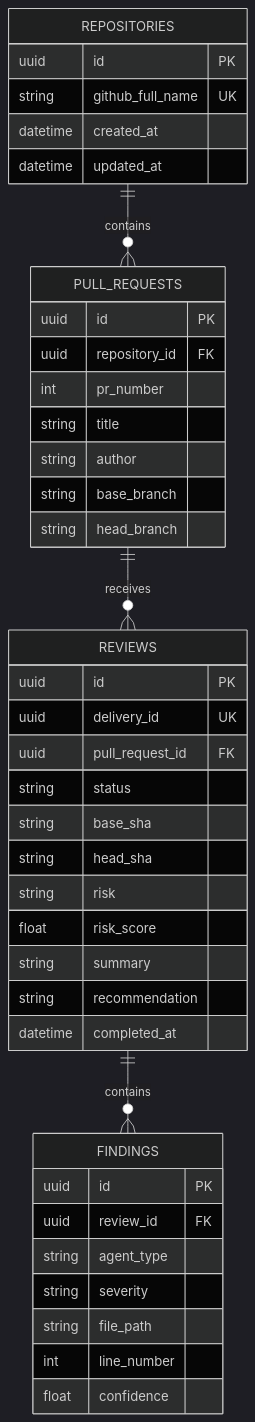
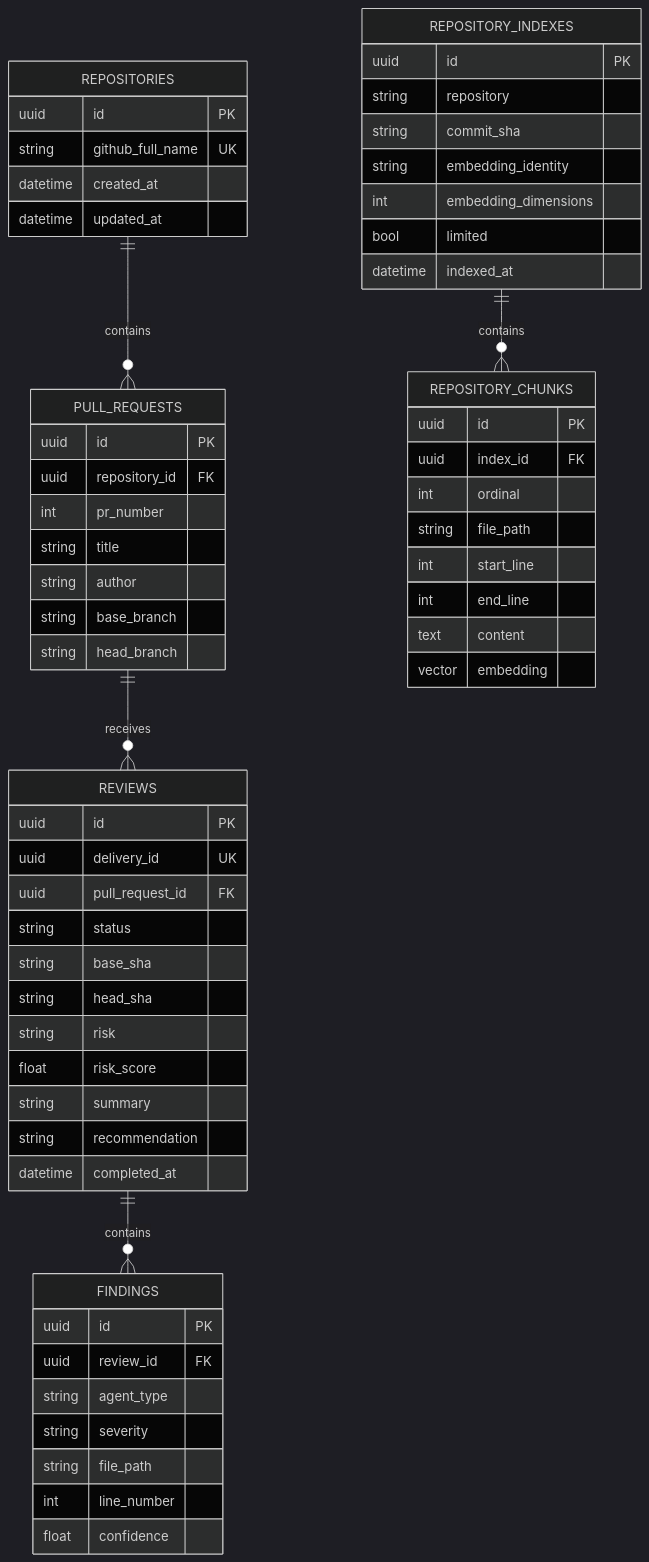
One commit to vish-dumps/AI-pull-request-Agent changed the fifth of 5 diagrams in README.md. Above: the diagram before and after it, drawn with Mermaid (dark theme). The commit also changed other lines of this file and 76 other files, not shown here.

````diff
--- a/README.md
+++ b/README.md
@@ -289,43 +324,63 @@
 ```mermaid
 erDiagram
     REPOSITORIES ||--o{ PULL_REQUESTS : contains
     PULL_REQUESTS ||--o{ REVIEWS : receives
     REVIEWS ||--o{ FINDINGS : contains
+    REPOSITORY_INDEXES ||--o{ REPOSITORY_CHUNKS : contains
     REPOSITORIES {
         uuid id PK
         string github_full_name UK
         datetime created_at
         datetime updated_at
     }
     PULL_REQUESTS {
         uuid id PK
         uuid repository_id FK
         int pr_number
         string title
         string author
         string base_branch
         string head_branch
     }
     REVIEWS {
         uuid id PK
         uuid delivery_id UK
         uuid pull_request_id FK
         string status
         string base_sha
         string head_sha
         string risk
         float risk_score
         string summary
         string recommendation
         datetime completed_at
     }
     FINDINGS {
         uuid id PK
         uuid review_id FK
         string agent_type
         string severity
         string file_path
         int line_number
         float confidence
     }
+    REPOSITORY_INDEXES {
+        uuid id PK
+        string repository
+        string commit_sha
+        string embedding_identity
+        int embedding_dimensions
+        bool limited
+        datetime indexed_at
+    }
+    REPOSITORY_CHUNKS {
+        uuid id PK
+        uuid index_id FK
+        int ordinal
+        string file_path
+        int start_line
+        int end_line
+        text content
+        vector embedding
+    }
 ```
````
